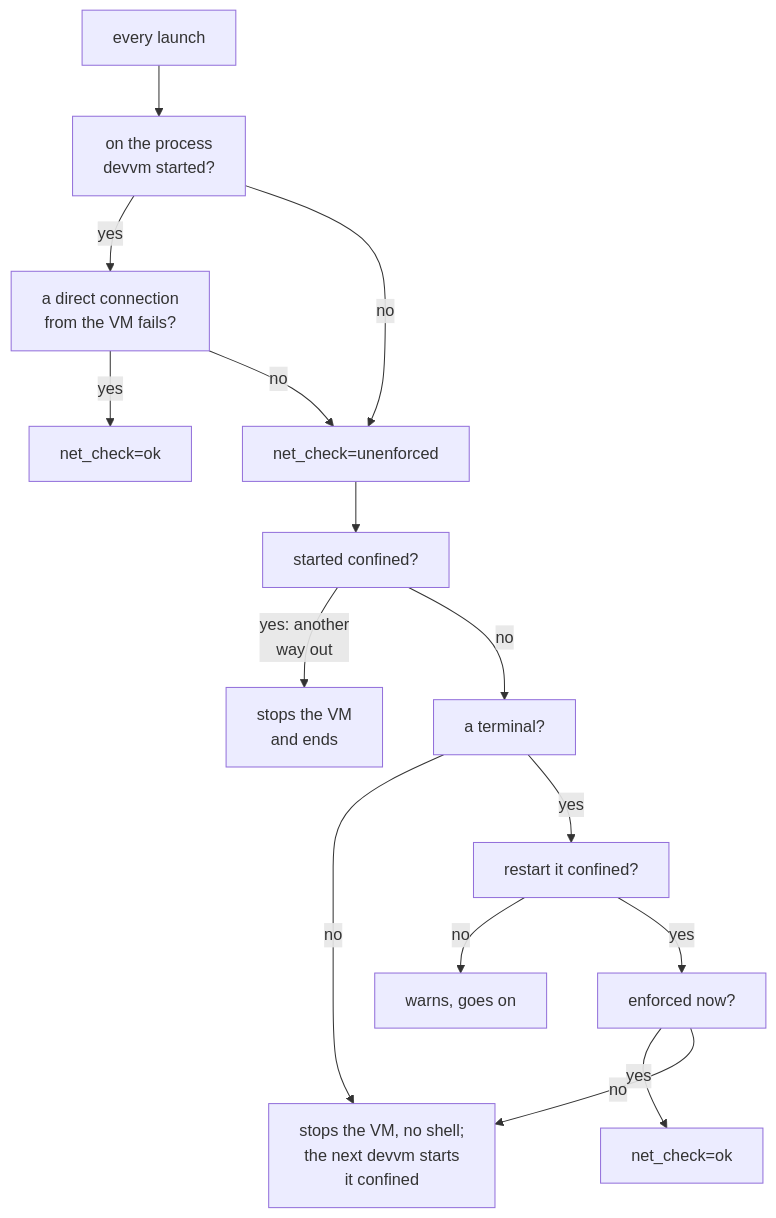
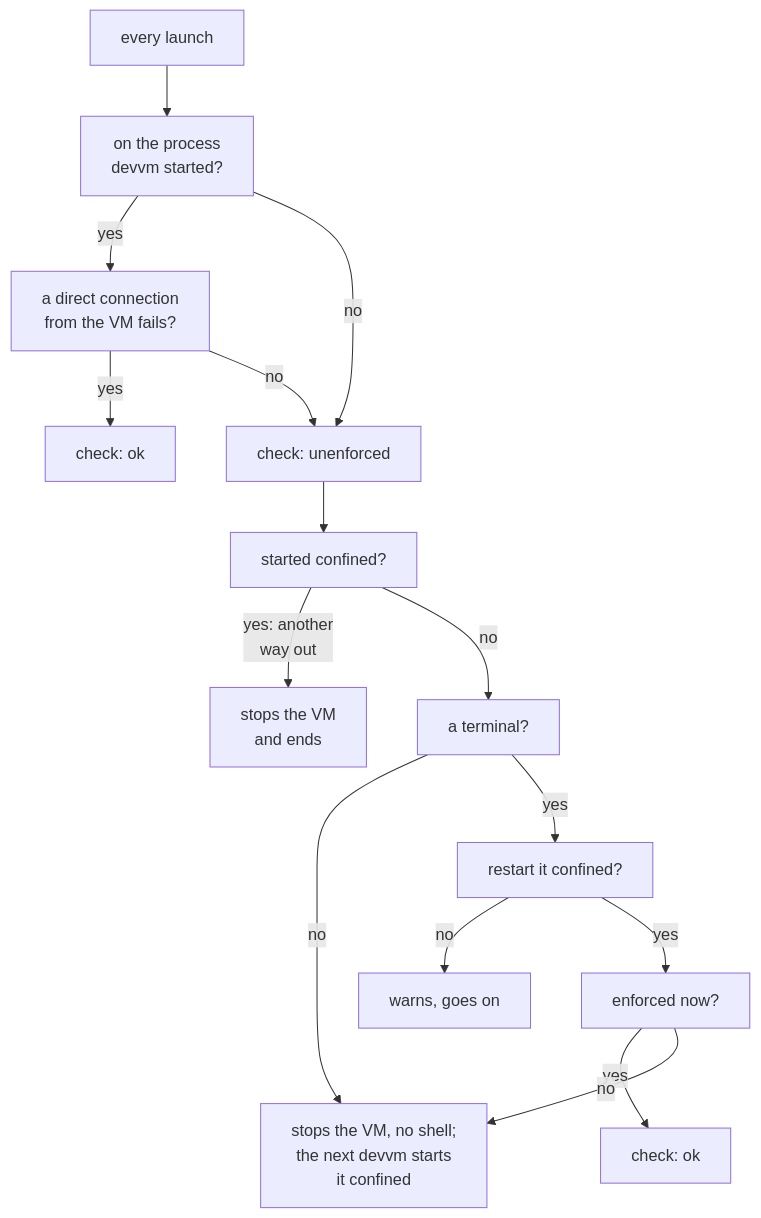
The second of 2 diagrams in docs/content/docs/internals/network.md (DustyPolk/devvm), drawn with Mermaid before and after one commit. The commit also changed other lines of this file and 126 other files, not shown here.

````diff
--- a/docs/content/docs/internals/network.md
+++ b/docs/content/docs/internals/network.md
@@ -224,17 +224,17 @@
 ```mermaid
 flowchart TD
   launch["every launch"] --> proc["on the process<br>devvm started?"]
   proc -- "yes" --> direct["a direct connection<br>from the VM fails?"]
-  direct -- "yes" --> ok["net_check=ok"]
-  proc -- "no" --> un["net_check=unenforced"]
+  direct -- "yes" --> ok["check: ok"]
+  proc -- "no" --> un["check: unenforced"]
   direct -- "no" --> un
   un --> confined["started confined?"]
   confined -- "yes: another<br>way out" --> route["stops the VM<br>and ends"]
   confined -- "no" --> term["a terminal?"]
   term -- "no" --> stop["stops the VM, no shell;<br>the next devvm starts<br>it confined"]
   term -- "yes" --> offer["restart it confined?"]
   offer -- "no" --> warn["warns, goes on"]
   offer -- "yes" --> again["enforced now?"]
-  again -- "yes" --> ok2["net_check=ok"]
+  again -- "yes" --> ok2["check: ok"]
   again -- "no" --> stop
 ```
````
